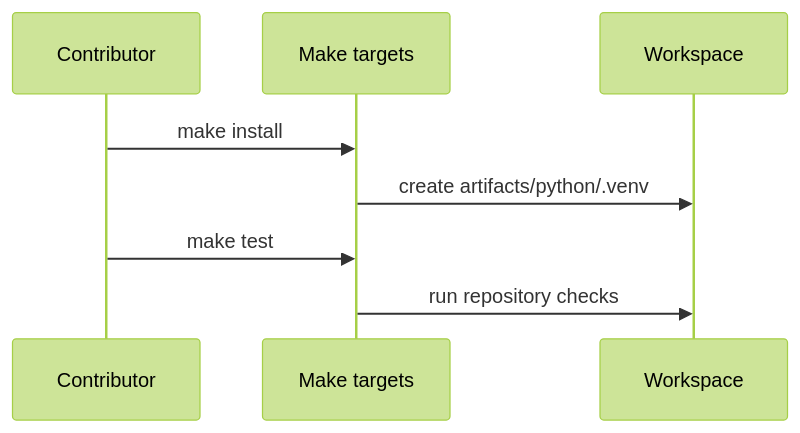
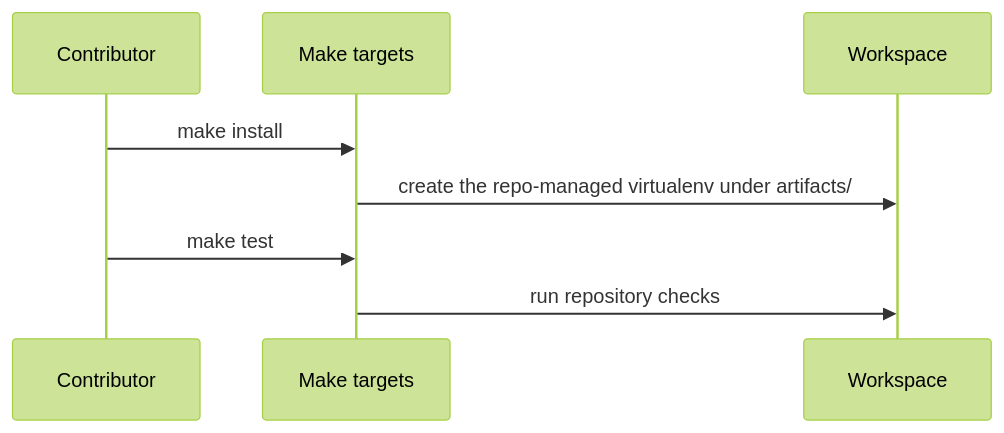
One commit to bijux/bijux-cli changed the second of 2 diagrams in docs/05-development/workspace-and-tooling.md. Above: the diagram before and after it, drawn with Mermaid (forest theme). The commit also changed other lines of this file and 1 other file, not shown here.

Commit message:
docs(development): describe repo-managed tooling defaults

````diff
--- a/docs/05-development/workspace-and-tooling.md
+++ b/docs/05-development/workspace-and-tooling.md
@@ -15,10 +15,10 @@
 ```mermaid
 sequenceDiagram
     participant U as Contributor
     participant M as Make targets
     participant W as Workspace
     U->>M: make install
-    M->>W: create artifacts/python/.venv
+    M->>W: create the repo-managed virtualenv under artifacts/
     U->>M: make test
     M->>W: run repository checks
 ```
````
